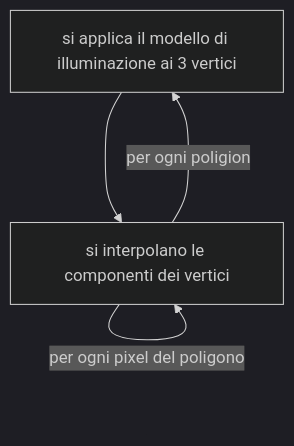
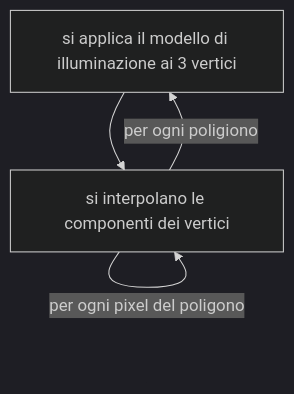
Before and after one commit to carnivuth/computer_graphics: the first of 2 diagrams in pages/ILLUMINAZIONE.md, drawn with Mermaid (dark theme). The commit also changed 1 other file, not shown here.

Commit message:
minor improvements

````diff
--- a/pages/ILLUMINAZIONE.md
+++ b/pages/ILLUMINAZIONE.md
@@ -83,8 +83,8 @@
 ```mermaid
 flowchart TD
 A[si applica il modello di illuminazione ai 3 vertici]
 B[si interpolano le componenti dei vertici]
 B -- per ogni pixel del poligono -->B
 A --> B
-B -- per ogni poligiono--> A
+B -- per ogni poligiono --> A
 ```
````
